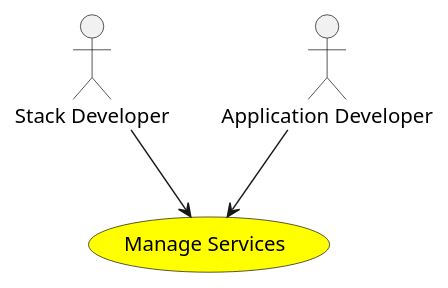
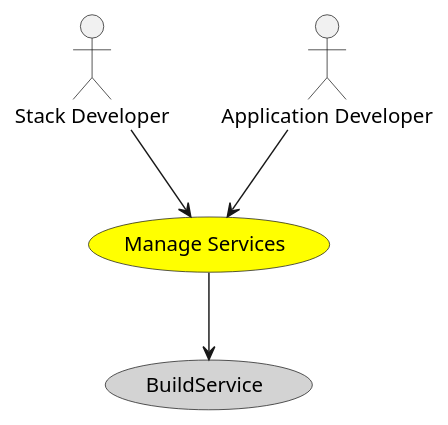
The diagram in docs/edgemere/sml/usecases/manageservices/Activities.puml (madajaju/edgemere), drawn with PlantUML before and after one commit. The commit also changed 148 other files, not shown here.

```diff
--- a/docs/edgemere/sml/usecases/manageservices/Activities.puml
+++ b/docs/edgemere/sml/usecases/manageservices/Activities.puml
@@ -1,24 +1,28 @@
 @startuml
 
 
 usecase "Manage Services" as ManageServices #yellow
 
 Actor "Stack Developer" as StackDeveloper
 
 StackDeveloper --> ManageServices
 
 Actor "Application Developer" as ApplicationDeveloper
 
 ApplicationDeveloper --> ManageServices
 
 
 
+usecase "BuildService" as BuildService #lightgrey
+
+ManageServices --> BuildService
+
 
 
 
 
 
 
 
 
 @enduml
```
